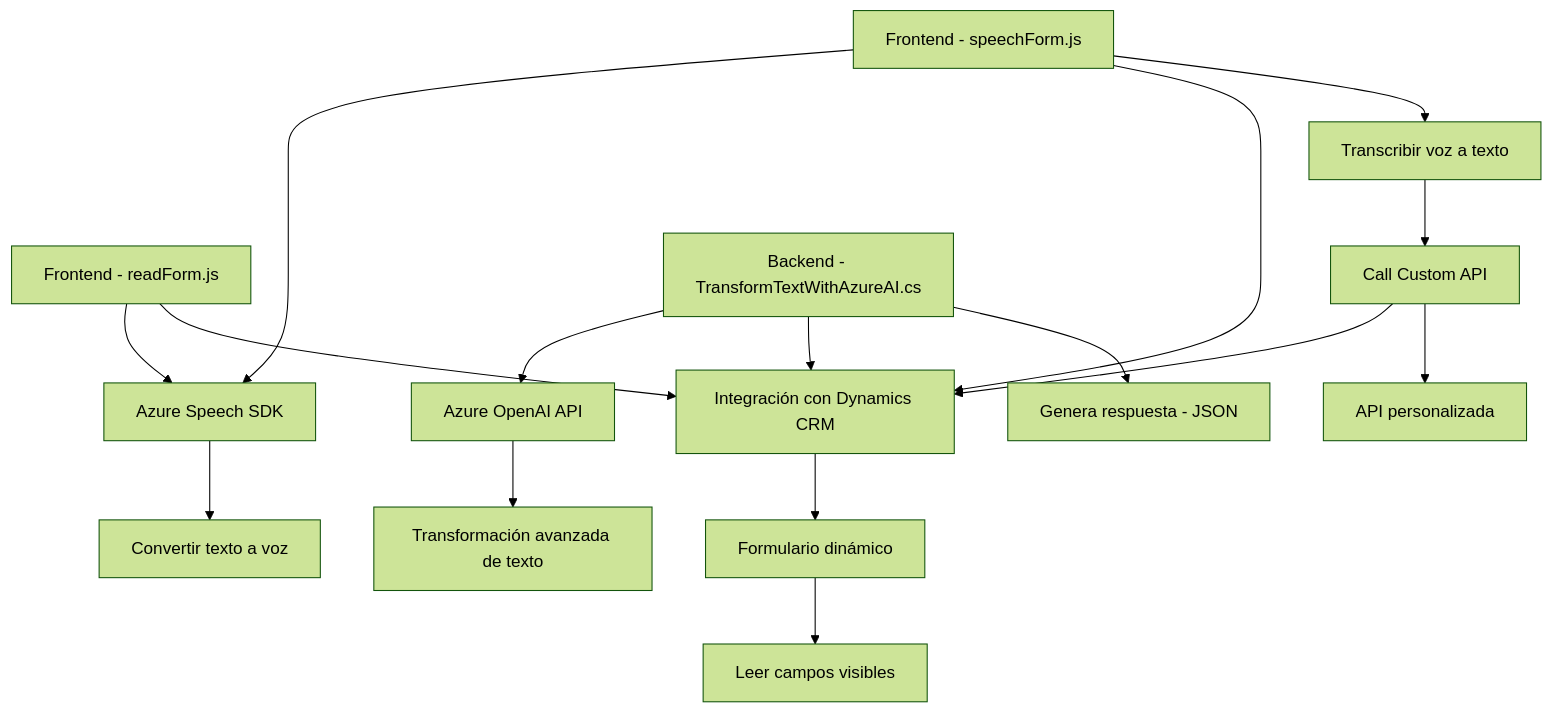
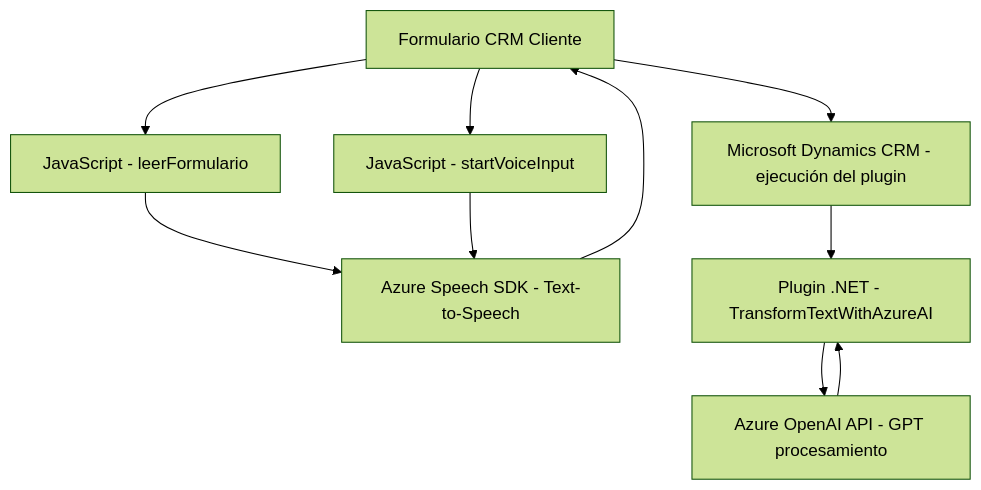
One commit to blopezdm/NETCORE_BILBAO2025 changed the diagram in README.md. Above: the diagram before and after it, drawn with Mermaid (forest theme). The commit also changed other lines of this file, not shown here.

Commit message:
Actualizar análisis global de la solución con IA

````diff
--- a/README.md
+++ b/README.md
@@ -42,20 +28,20 @@
 ```mermaid
 graph TD
-    A["Frontend - readForm.js"] --> B["Azure Speech SDK"]
-    A --> C["Dynamics CRM - executionContext"]
-    C --> D["Formulario dinámico"]
-    B --> E["Convertir texto a voz"]
-    D --> F["Leer campos visibles"]
-
-    G["Frontend - speechForm.js"] --> B
-    G --> C
-    G --> H["Transcribir voz a texto"]
-    H --> I["Call Custom API"]
-    I --> C["Actualiza formulario"]
-    I --> J["API personalizada"]
-
-    K["Backend - TransformTextWithAzureAI.cs"] --> L["Azure OpenAI API"]
-    L --> M["Transformación avanzada de texto"]
-    K --> C["Integración con Dynamics CRM"]
-    K --> N["Genera respuesta - JSON"]
+    A["Formulario CRM Cliente"]
+    B["JavaScript - leerFormulario"]
+    C["JavaScript - startVoiceInput"]
+    D["Azure Speech SDK - Text-to-Speech"]
+    E["Microsoft Dynamics CRM - ejecución del plugin"]
+    F["Plugin .NET - TransformTextWithAzureAI"]
+    G["Azure OpenAI API - GPT procesamiento"]
+    
+    A --> B
+    A --> C
+    B --> D
+    C --> D
+    D --> A
+    A --> E
+    E --> F
+    F --> G
+    G --> F
 ```
````
